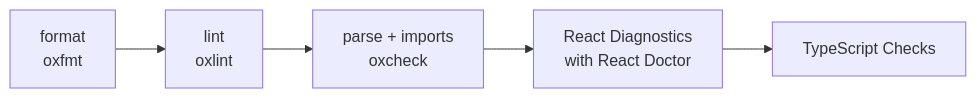
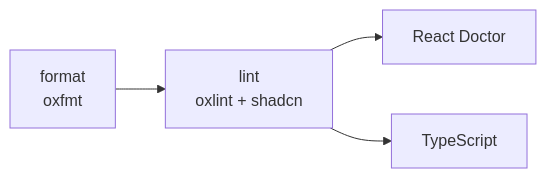
One commit to san-devistan/template changed the second of 2 diagrams in README.md. Above: the diagram before and after it, drawn with Mermaid. The commit also changed other lines of this file and 52 other files, not shown here.

````diff
--- a/README.md
+++ b/README.md
@@ -41,8 +42,7 @@
 ```mermaid
 flowchart LR
   Format["format<br/>oxfmt"]
-  Format --> Lint["lint<br/>oxlint"]
-  Lint --> Oxc["parse + imports<br/>oxcheck"]
-  Oxc --> Doctor["React Diagnostics<br/>with React Doctor"]
-  Doctor --> Types["TypeScript Checks"]
+  Format --> Lint["lint<br/>oxlint + shadcn"]
+  Lint --> Doctor["React Doctor"]
+  Lint --> Types["TypeScript"]
 ```
````
